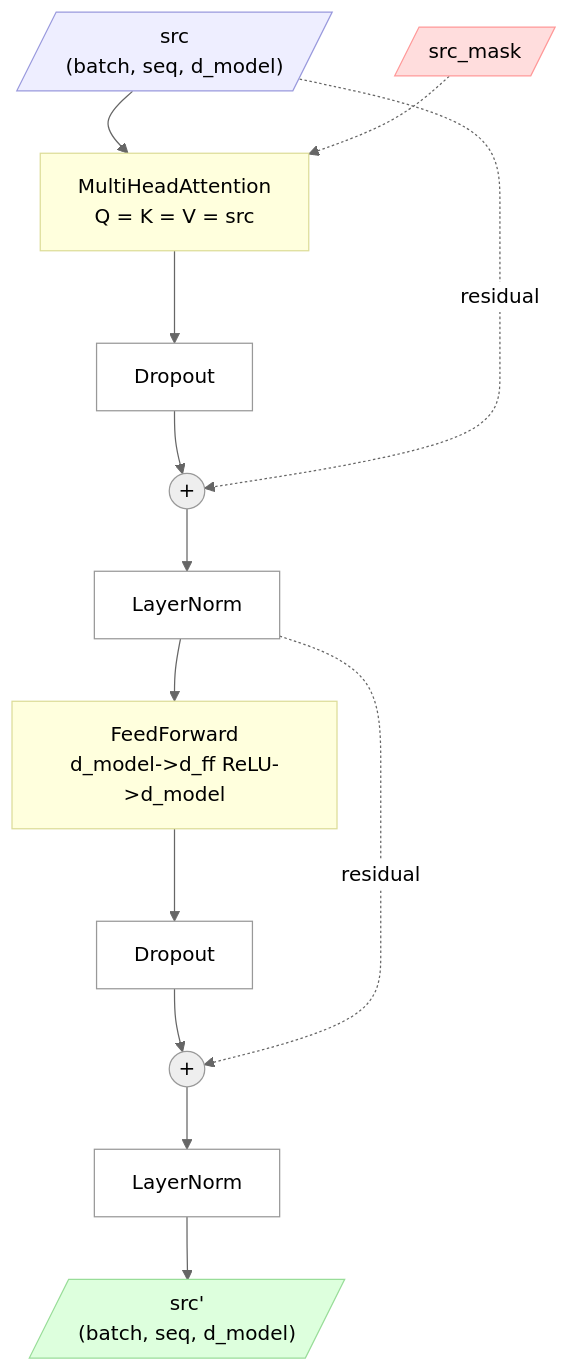
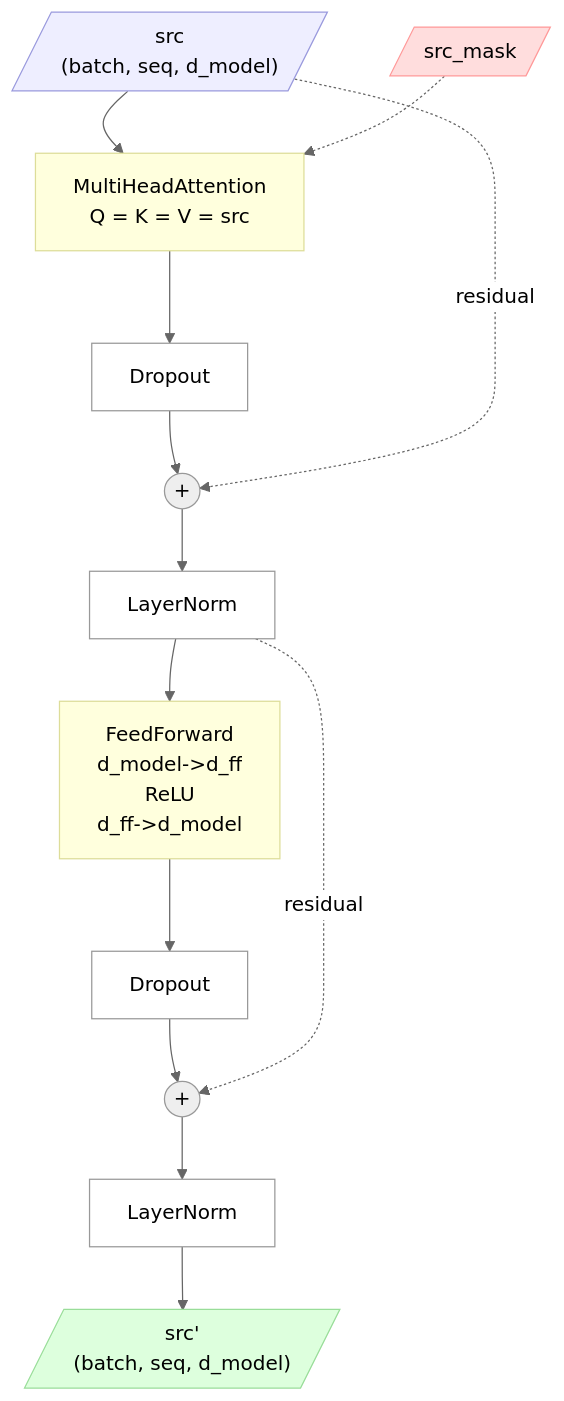
One commit to SamyamoyRakshit/papers-from-scratch changed the first of 2 diagrams in transformer/docs/architecture/encoder.md. Above: the diagram before and after it, drawn with Mermaid (neutral theme).

Commit message:
fix: Update FeedForward layer flowchart syntax for clarity

````diff
--- a/transformer/docs/architecture/encoder.md
+++ b/transformer/docs/architecture/encoder.md
@@ -56,30 +56,30 @@
 ```mermaid
 flowchart TD
     IN[/"src<br/>(batch, seq, d_model)"/]
     MASK[/"src_mask"/]
 
     IN --> SA["MultiHeadAttention<br/>Q = K = V = src"]
     MASK -.-> SA
     SA --> D1["Dropout"]
     D1 --> ADD1(("+"))
     IN -.->|"residual"| ADD1
     ADD1 --> N1["LayerNorm"]
 
-    N1 --> FF["FeedForward<br/>d_model->d_ff ReLU->d_model"]
+    N1 --> FF["FeedForward<br/>d_model-&gt;d_ff<br/>ReLU<br/>d_ff-&gt;d_model"]
     FF --> D2["Dropout"]
     D2 --> ADD2(("+"))
     N1 -.->|"residual"| ADD2
     ADD2 --> N2["LayerNorm"]
 
     N2 --> OUT[/"src'<br/>(batch, seq, d_model)"/]
 
     style IN fill:#eef,stroke:#99d,color:#000
     style OUT fill:#dfd,stroke:#9d9,color:#000
     style MASK fill:#fdd,stroke:#f99,color:#000
     style SA fill:#ffd,stroke:#dd9,color:#000
     style FF fill:#ffd,stroke:#dd9,color:#000
     style D1 fill:#fff,stroke:#999,color:#000
     style D2 fill:#fff,stroke:#999,color:#000
     style N1 fill:#fff,stroke:#999,color:#000
     style N2 fill:#fff,stroke:#999,color:#000
 ```
````
